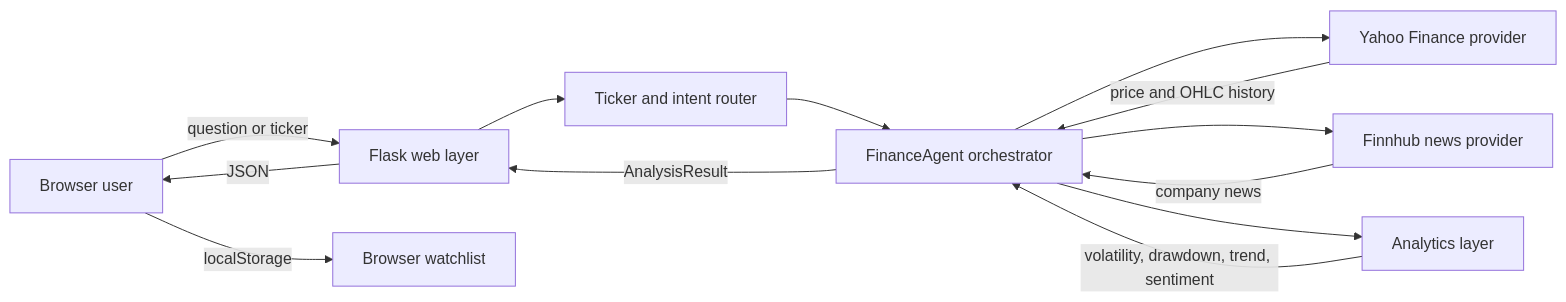
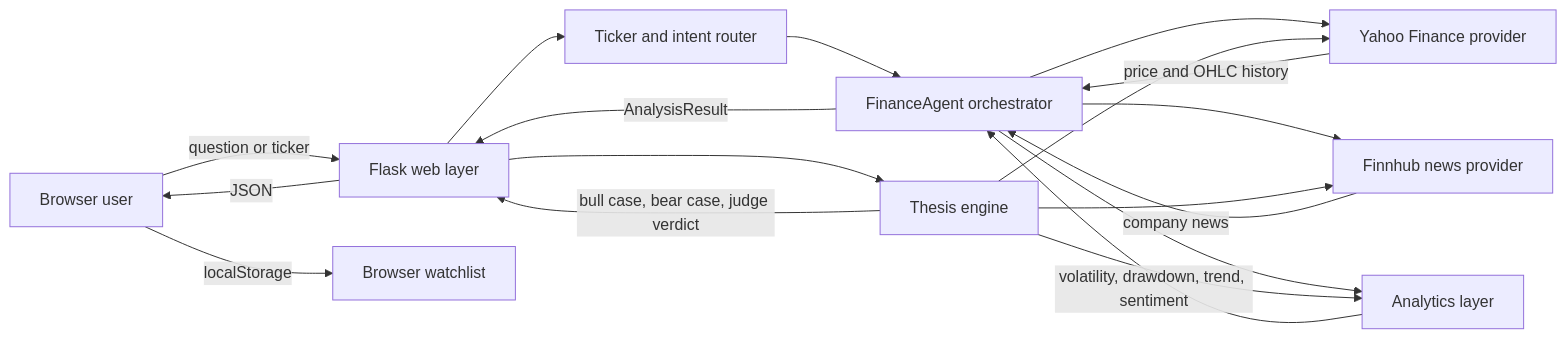
Before and after one commit to xs2588-prog/finance-intelligence-agent: the diagram in docs/ARCHITECTURE.md, drawn with Mermaid. The commit also changed other lines of this file, not shown here.

Commit message:
Add adversarial investment thesis lab

````diff
--- a/docs/ARCHITECTURE.md
+++ b/docs/ARCHITECTURE.md
@@ -8,15 +8,20 @@
 ```mermaid
 flowchart LR
     U["Browser user"] -->|"question or ticker"| W["Flask web layer"]
     W --> R["Ticker and intent router"]
     R --> A["FinanceAgent orchestrator"]
+    W --> T["Thesis engine"]
     A --> Y["Yahoo Finance provider"]
     A --> F["Finnhub news provider"]
     A --> M["Analytics layer"]
     Y -->|"price and OHLC history"| A
     F -->|"company news"| A
     M -->|"volatility, drawdown, trend, sentiment"| A
+    T --> Y
+    T --> F
+    T --> M
+    T -->|"bull case, bear case, judge verdict"| W
     A -->|"AnalysisResult"| W
     W -->|"JSON"| U
     U -->|"localStorage"| L["Browser watchlist"]
 ```
````
